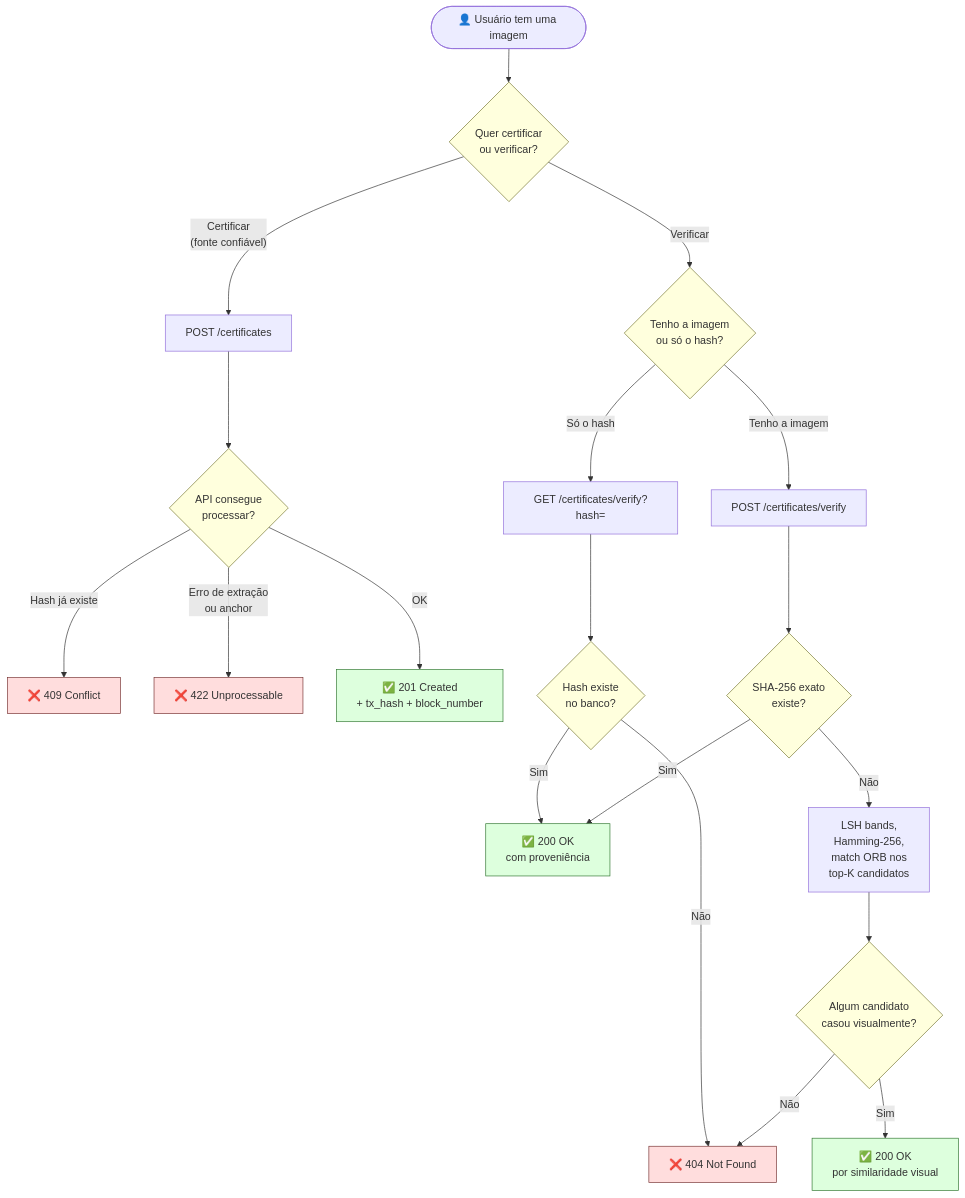
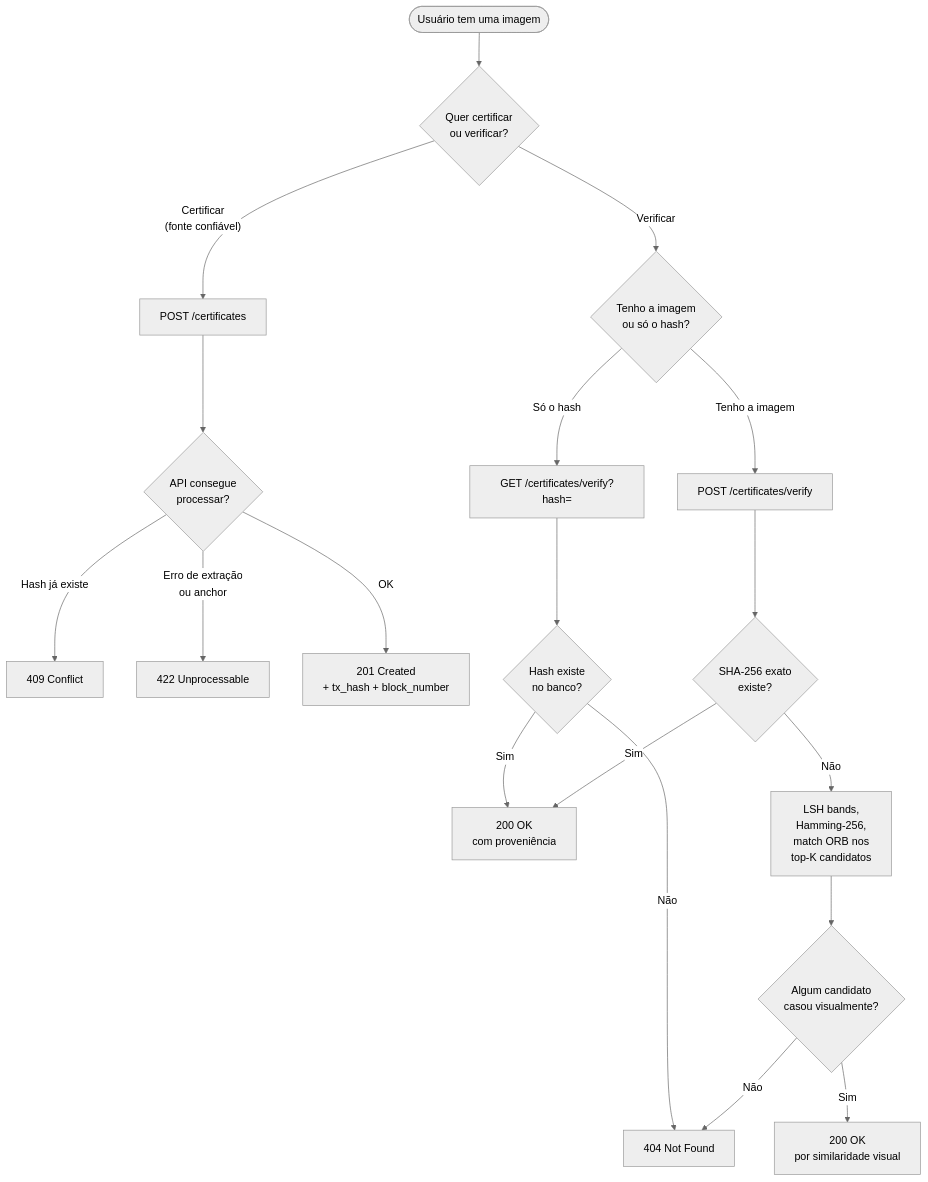
The first of 3 diagrams in docs/USAGE_FLOW.md (waizbart/aletheia-api), drawn with Mermaid before and after one commit. The commit also changed other lines of this file and 3 other files, not shown here.

First line of the commit message:
docs: rewrite README and clean diagrams

````diff
--- a/docs/USAGE_FLOW.md
+++ b/docs/USAGE_FLOW.md
@@ -9,32 +9,25 @@
 ```mermaid
-%%{init: {'theme': 'default'}}%%
+%%{init: {'theme': 'neutral'}}%%
 flowchart TD
-    START(["👤 Usuário tem uma imagem"]) --> Q1{Quer certificar<br/>ou verificar?}
+    START(["Usuário tem uma imagem"]) --> Q1{Quer certificar<br/>ou verificar?}
 
     Q1 -- "Certificar<br/>(fonte confiável)" --> C1["POST /certificates"]
     C1 --> C2{API consegue<br/>processar?}
-    C2 -- "Hash já existe" --> C_DUP["❌ 409 Conflict"]
-    C2 -- "Erro de extração<br/>ou anchor" --> C_ERR["❌ 422 Unprocessable"]
-    C2 -- "OK" --> C3["✅ 201 Created<br/>+ tx_hash + block_number"]
+    C2 -- "Hash já existe" --> C_DUP["409 Conflict"]
+    C2 -- "Erro de extração<br/>ou anchor" --> C_ERR["422 Unprocessable"]
+    C2 -- "OK" --> C3["201 Created<br/>+ tx_hash + block_number"]
 
     Q1 -- "Verificar" --> V0{Tenho a imagem<br/>ou só o hash?}
     V0 -- "Só o hash" --> V_H["GET /certificates/verify?hash="]
     V_H --> V_H_R{Hash existe<br/>no banco?}
-    V_H_R -- "Sim" --> V_OK["✅ 200 OK<br/>com proveniência"]
-    V_H_R -- "Não" --> V_NO["❌ 404 Not Found"]
+    V_H_R -- "Sim" --> V_OK["200 OK<br/>com proveniência"]
+    V_H_R -- "Não" --> V_NO["404 Not Found"]
 
     V0 -- "Tenho a imagem" --> V_F["POST /certificates/verify"]
     V_F --> V_F1{SHA-256 exato<br/>existe?}
     V_F1 -- "Sim" --> V_OK
     V_F1 -- "Não" --> V_F3["LSH bands,<br/>Hamming-256,<br/>match ORB nos<br/>top-K candidatos"]
     V_F3 --> V_F4{Algum candidato<br/>casou visualmente?}
-    V_F4 -- "Sim" --> V_OK_SIM["✅ 200 OK<br/>por similaridade visual"]
+    V_F4 -- "Sim" --> V_OK_SIM["200 OK<br/>por similaridade visual"]
     V_F4 -- "Não" --> V_NO
-
-    classDef ok fill:#dfd,stroke:#373
-    classDef bad fill:#fdd,stroke:#733
-    classDef ask fill:#ffd,stroke:#773
-    class C3,V_OK,V_OK_SIM ok
-    class C_DUP,C_ERR,V_NO bad
-    class Q1,C2,V0,V_H_R,V_F1,V_F2,V_F4 ask
 ```
````
